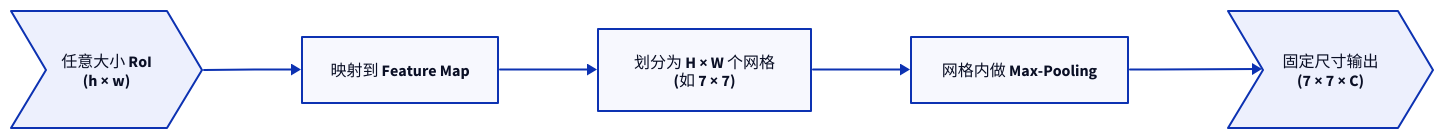
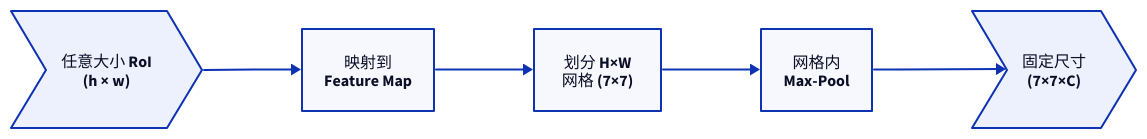
The diagram in images/faster-rcnn/069-roi-pooling.d2 (111qqz/111qqz.github.io), drawn with D2 before and after one commit. The commit also changed 4047 other files, not shown here.

First line of the commit message:
fix: 修复 D2 配图比例问题——放宽 CSS max-height 并重排 24 个极端纵横比图表

```diff
--- a/images/faster-rcnn/069-roi-pooling.d2
+++ b/images/faster-rcnn/069-roi-pooling.d2
@@ -1,28 +1,9 @@
 direction: right
 
-InputFeature: {
-  shape: step
-  label: "任意大小 RoI\n(h × w)"
-}
+Input: "任意大小 RoI\n(h × w)" { shape: step }
+Map: "映射到\nFeature Map"
+Grid: "划分 H×W\n网格 (7×7)"
+Pool: "网格内\nMax-Pool"
+Out: "固定尺寸\n(7×7×C)" { shape: step }
 
-Projection: {
-  shape: rectangle
-  label: "映射到 Feature Map"
-}
-
-GridDivision: {
-  shape: rectangle
-  label: "划分为 H × W 个网格\n(如 7 × 7)"
-}
-
-MaxPool: {
-  shape: rectangle
-  label: "网格内做 Max-Pooling"
-}
-
-FixedVector: {
-  shape: step
-  label: "固定尺寸输出\n(7 × 7 × C)"
-}
-
-InputFeature -> Projection -> GridDivision -> MaxPool -> FixedVector
+Input -> Map -> Grid -> Pool -> Out
```
